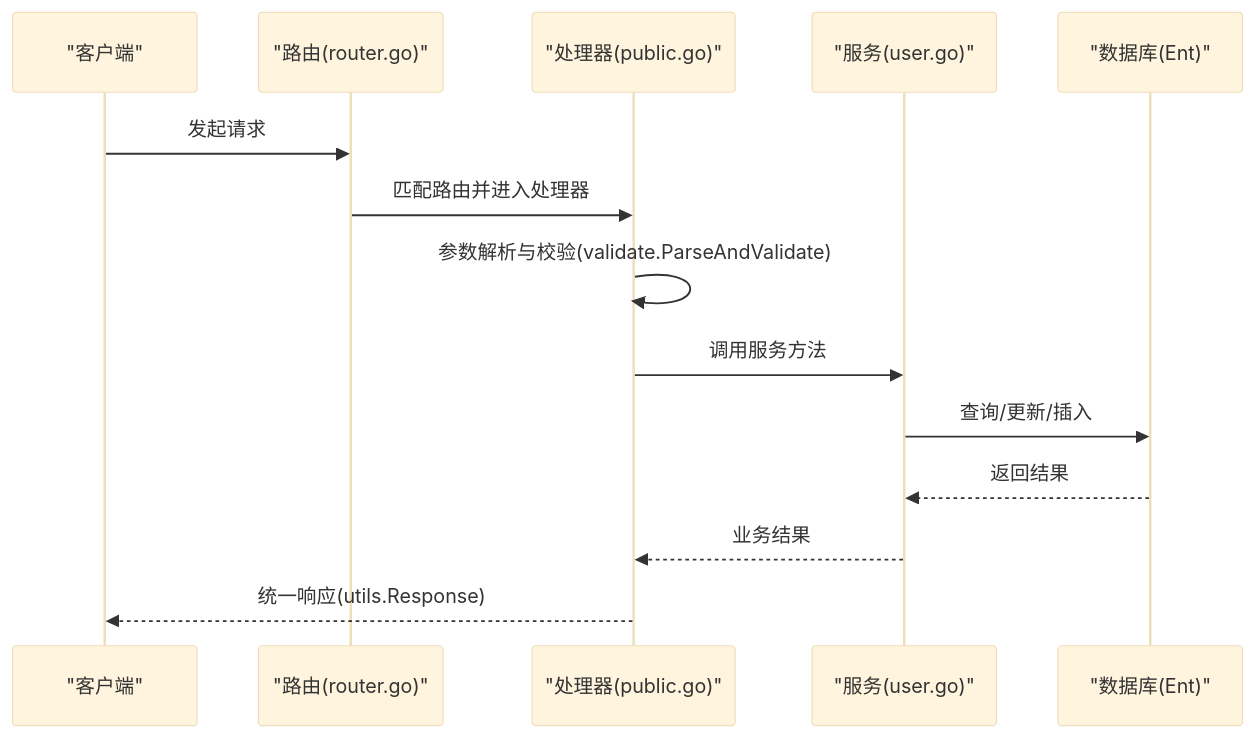
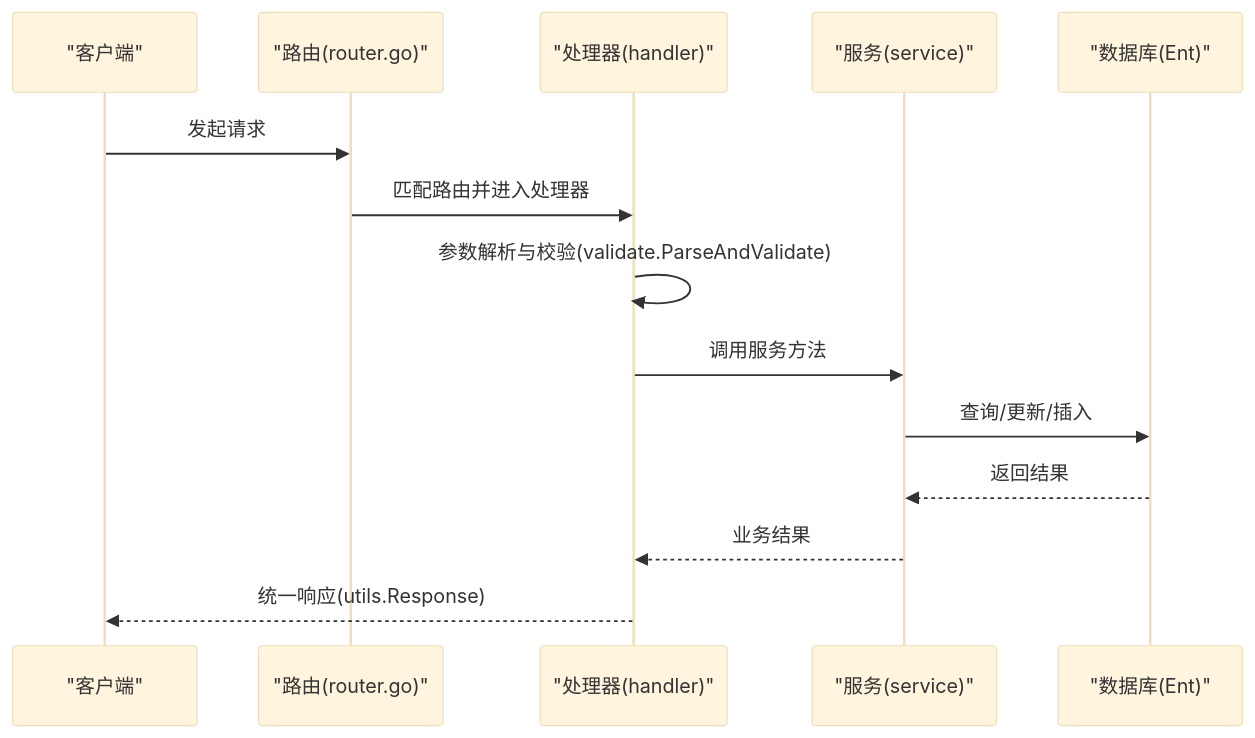
One commit to wuwuseo/e-sports-go-admin changed the second of 6 diagrams in .qoder/repowiki/zh/content/API 接口文档/用户管理接口.md. Above: the diagram before and after it, drawn with Mermaid (base theme). The commit also changed other lines of this file and 42 other files, not shown here.

````diff
--- a/.qoder/repowiki/zh/content/API 接口文档/用户管理接口.md
+++ b/.qoder/repowiki/zh/content/API 接口文档/用户管理接口.md
@@ -117,16 +163,16 @@
 ```mermaid
 sequenceDiagram
 participant C as "客户端"
 participant R as "路由(router.go)"
-participant H as "处理器(public.go)"
-participant S as "服务(user.go)"
+participant H as "处理器(handler)"
+participant S as "服务(service)"
 participant DB as "数据库(Ent)"
 C->>R : 发起请求
 R->>H : 匹配路由并进入处理器
 H->>H : 参数解析与校验(validate.ParseAndValidate)
 H->>S : 调用服务方法
 S->>DB : 查询/更新/插入
 DB-->>S : 返回结果
 S-->>H : 业务结果
 H-->>C : 统一响应(utils.Response)
 ```
````
